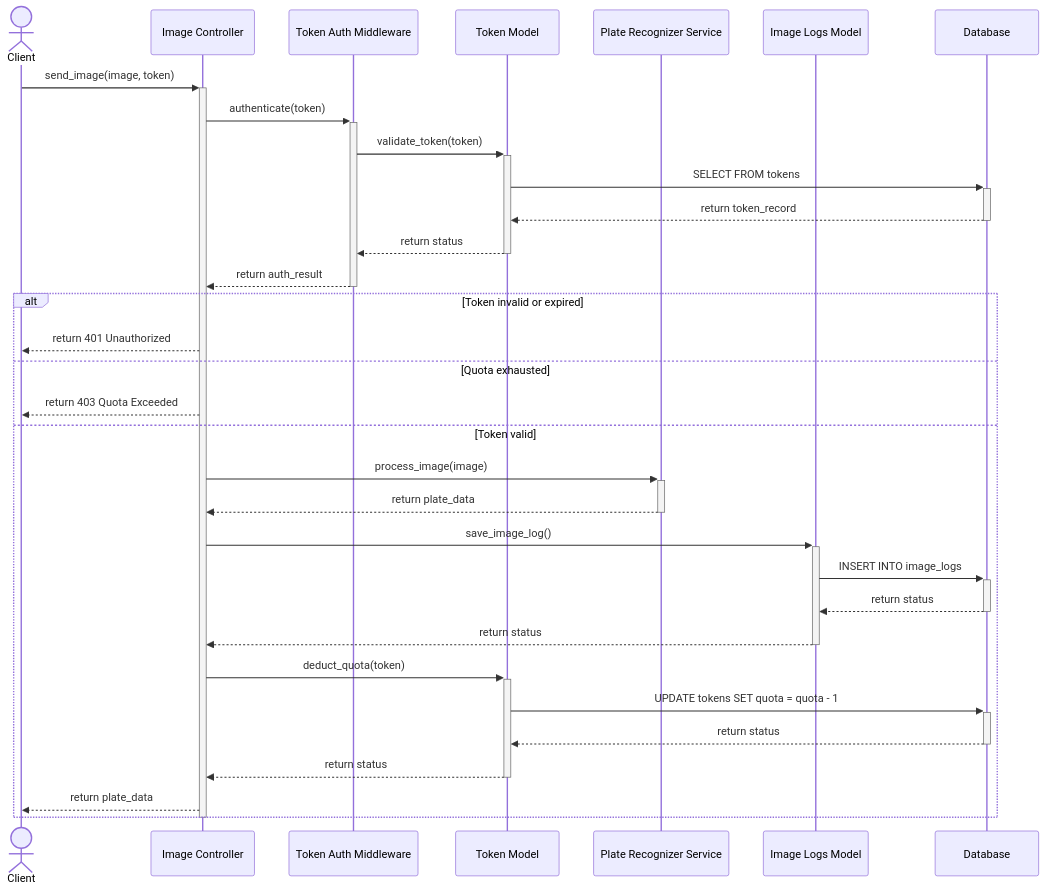
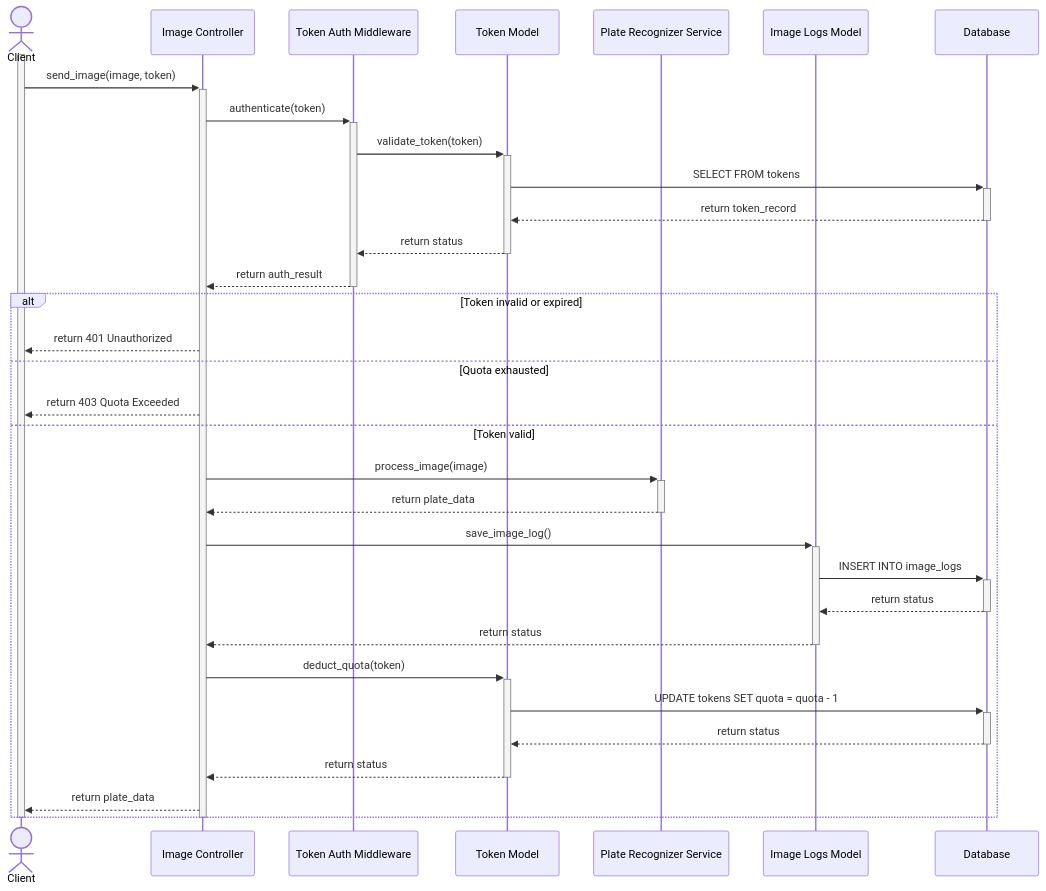
One commit to Tanaphat-Ken/ALPR-V2 changed the ninth of 20 diagrams in SYSTEM_DIAGRAMS.md. Above: the diagram before and after it, drawn with Mermaid. The commit also changed other lines of this file, not shown here.

First line of the commit message:
feat: add User/Client activation bars to all 19 sequence diagrams

````diff
--- a/SYSTEM_DIAGRAMS.md
+++ b/SYSTEM_DIAGRAMS.md
@@ -362,37 +376,39 @@
 ```mermaid
 sequenceDiagram
     actor Client
     participant ImageController as Image Controller
     participant TAM as Token Auth Middleware
     participant TokenModel as Token Model
     participant PR as Plate Recognizer Service
     participant ImageLogsModel as Image Logs Model
     participant DB as Database
 
+    activate Client
     Client->>+ImageController: send_image(image, token)
     ImageController->>+TAM: authenticate(token)
     TAM->>+TokenModel: validate_token(token)
     TokenModel->>+DB: SELECT FROM tokens
     DB-->>-TokenModel: return token_record
     TokenModel-->>-TAM: return status
     TAM-->>-ImageController: return auth_result
 
     alt Token invalid or expired
         ImageController-->>Client: return 401 Unauthorized
     else Quota exhausted
         ImageController-->>Client: return 403 Quota Exceeded
     else Token valid
         ImageController->>+PR: process_image(image)
         PR-->>-ImageController: return plate_data
         ImageController->>+ImageLogsModel: save_image_log()
         ImageLogsModel->>+DB: INSERT INTO image_logs
         DB-->>-ImageLogsModel: return status
         ImageLogsModel-->>-ImageController: return status
         ImageController->>+TokenModel: deduct_quota(token)
         TokenModel->>+DB: UPDATE tokens SET quota = quota - 1
         DB-->>-TokenModel: return status
         TokenModel-->>-ImageController: return status
         ImageController-->>Client: return plate_data
     end
     deactivate ImageController
+    deactivate Client
 ```
````
